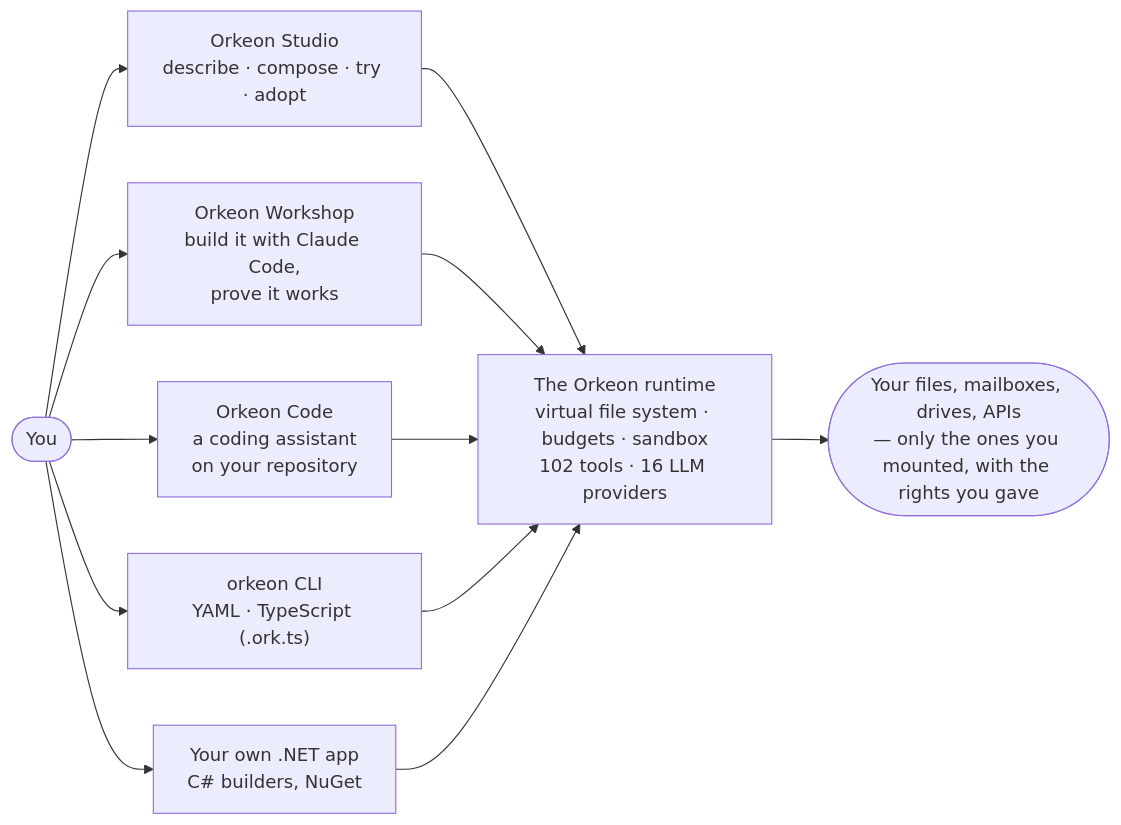
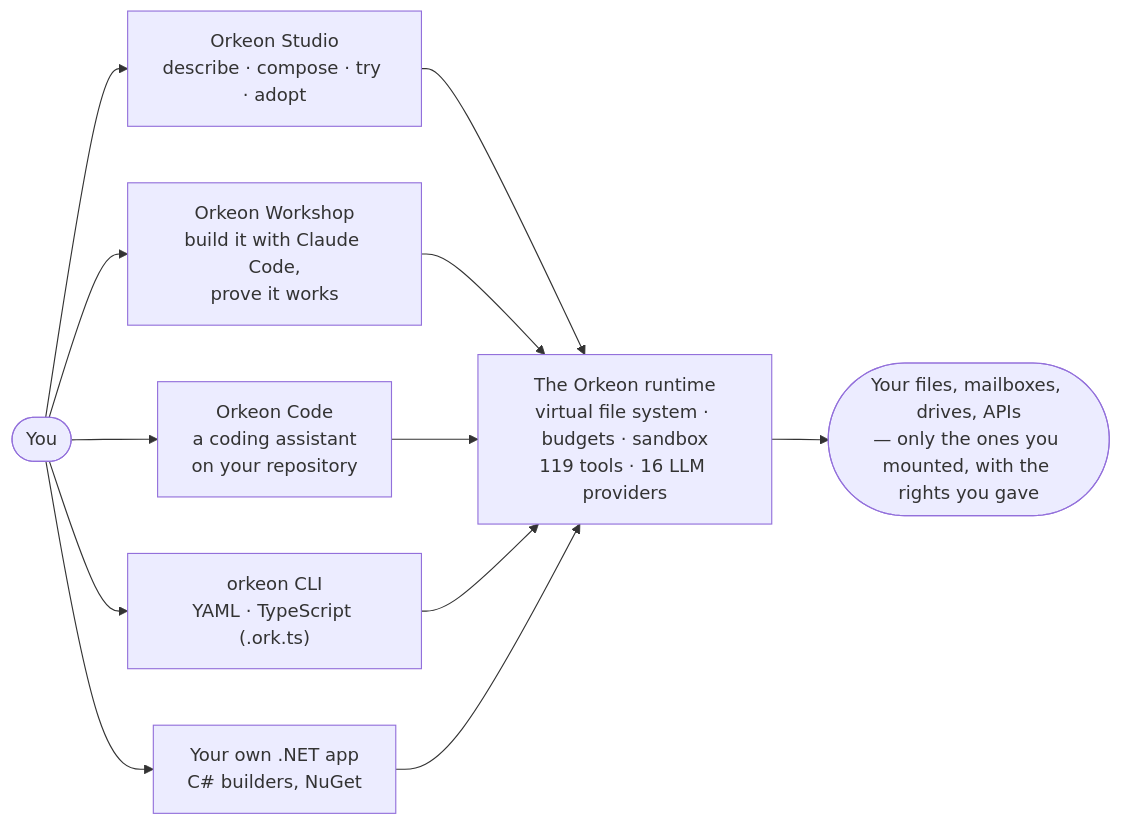
The diagram in README.md (Orkeon/orkeon), drawn with Mermaid before and after one commit. The commit also changed other lines of this file and 516 other files, not shown here.

First line of the commit message:
Orkeon Code runtime (RT-01..RT-44) and RT review corrections F1-F4 (#180)

````diff
--- a/README.md
+++ b/README.md
@@ -30,10 +30,10 @@
 ```mermaid
 flowchart LR
     you(["You"]) --> studio["Orkeon Studio<br/>describe · compose · try · adopt"]
     you --> workshop["Orkeon Workshop<br/>build it with Claude Code,<br/>prove it works"]
     you --> code["Orkeon Code<br/>a coding assistant<br/>on your repository"]
     you --> cli["orkeon CLI<br/>YAML · TypeScript (.ork.ts)"]
     you --> app["Your own .NET app<br/>C# builders, NuGet"]
-    studio & workshop & code & cli & app --> runtime["The Orkeon runtime<br/>virtual file system · budgets · sandbox<br/>102 tools · 16 LLM providers"]
+    studio & workshop & code & cli & app --> runtime["The Orkeon runtime<br/>virtual file system · budgets · sandbox<br/>119 tools · 16 LLM providers"]
     runtime --> world(["Your files, mailboxes, drives, APIs<br/>— only the ones you mounted, with the rights you gave"])
 ```
````
